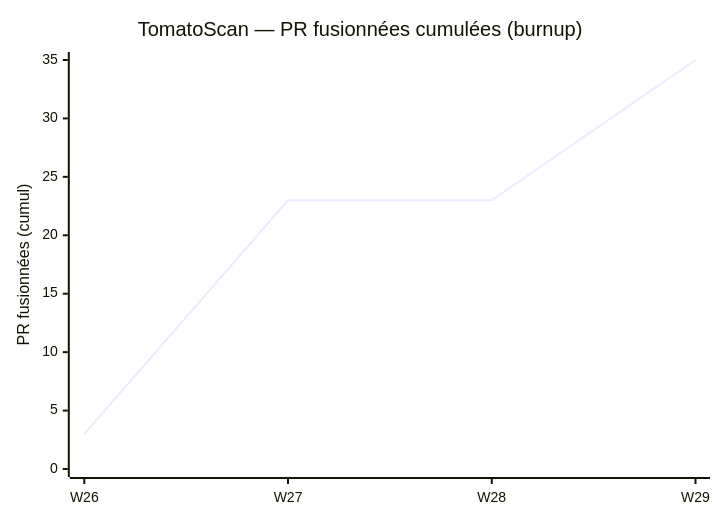
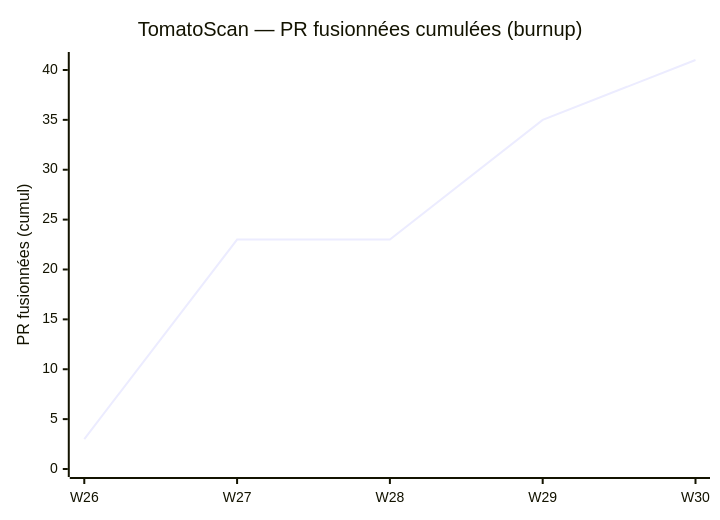
Before and after one commit to sulivan-moreau/TomatoScan: the second of 2 diagrams in docs/pr_cadence.md, drawn with Mermaid. The commit also changed other lines of this file and 3 other files, not shown here.

````diff
--- a/docs/pr_cadence.md
+++ b/docs/pr_cadence.md
@@ -89,7 +91,7 @@
 ```mermaid
 xychart-beta
     title "TomatoScan — PR fusionnées cumulées (burnup)"
-    x-axis ["W26", "W27", "W28", "W29"]
-    y-axis "PR fusionnées (cumul)" 0 --> 35
-    line [3, 23, 23, 35]
+    x-axis ["W26", "W27", "W28", "W29", "W30"]
+    y-axis "PR fusionnées (cumul)" 0 --> 41
+    line [3, 23, 23, 35, 41]
 ```
````
